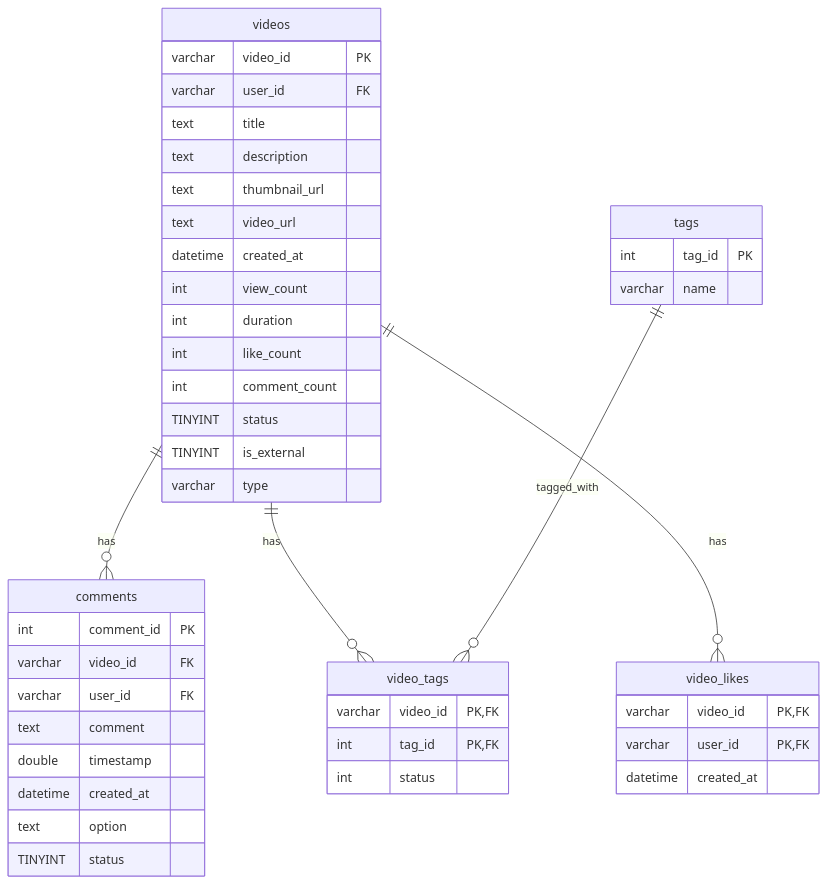
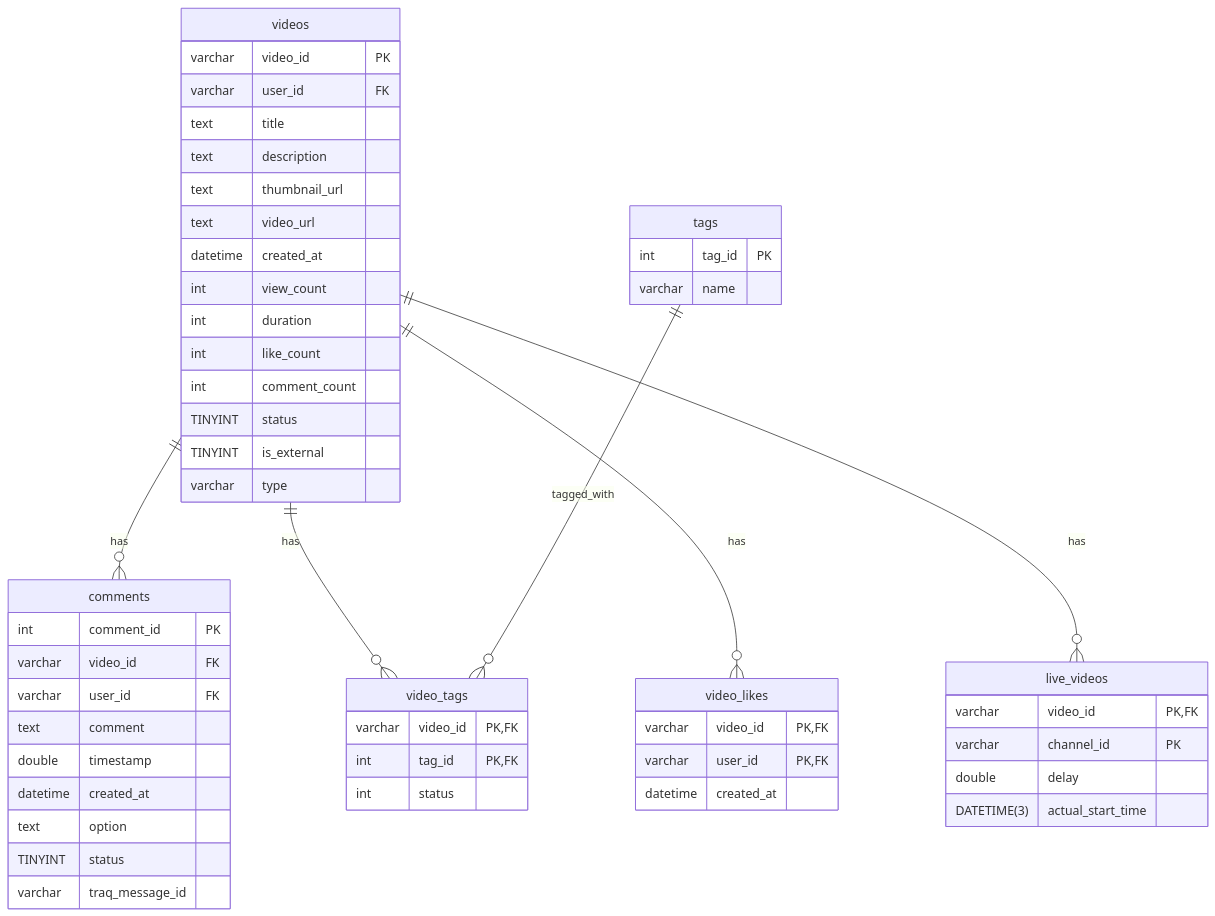
The diagram in docs/schema.md (traP-jp/playbacQ), drawn with Mermaid before and after one commit. The commit also changed 10 other files, not shown here.

````diff
--- a/docs/schema.md
+++ b/docs/schema.md
@@ -3,51 +3,60 @@
 ```mermaid
 erDiagram  
   videos {
 	varchar video_id PK
 	varchar user_id FK
 	text title
 	text description
 	text thumbnail_url
 	text video_url
 	datetime created_at
 	int view_count
 	int duration
 	int like_count
 	int comment_count
 	TINYINT status
 	TINYINT is_external
 	varchar type
   }
   comments {
 	int comment_id PK
 	varchar video_id FK
 	varchar user_id FK
 	text comment
 	double timestamp
 	datetime created_at
 	text option
 	TINYINT status
+	varchar traq_message_id
   }
 
   video_likes {
 	varchar video_id PK,FK
 	varchar user_id PK,FK
 	datetime created_at
   }
   
   tags {
 	int tag_id PK
 	varchar name
   }
 
   video_tags {
 	varchar video_id PK,FK
 	int tag_id PK,FK
 	int status
   }
+
+  live_videos {
+	varchar video_id PK,FK
+	varchar channel_id PK
+	double delay
+	DATETIME(3) actual_start_time
+  }
   
   videos||--o{comments : has
   videos||--o{video_tags : has
   tags||--o{video_tags : tagged_with
   videos||--o{video_likes : has
+  videos||--o{live_videos : has
 ```
````
